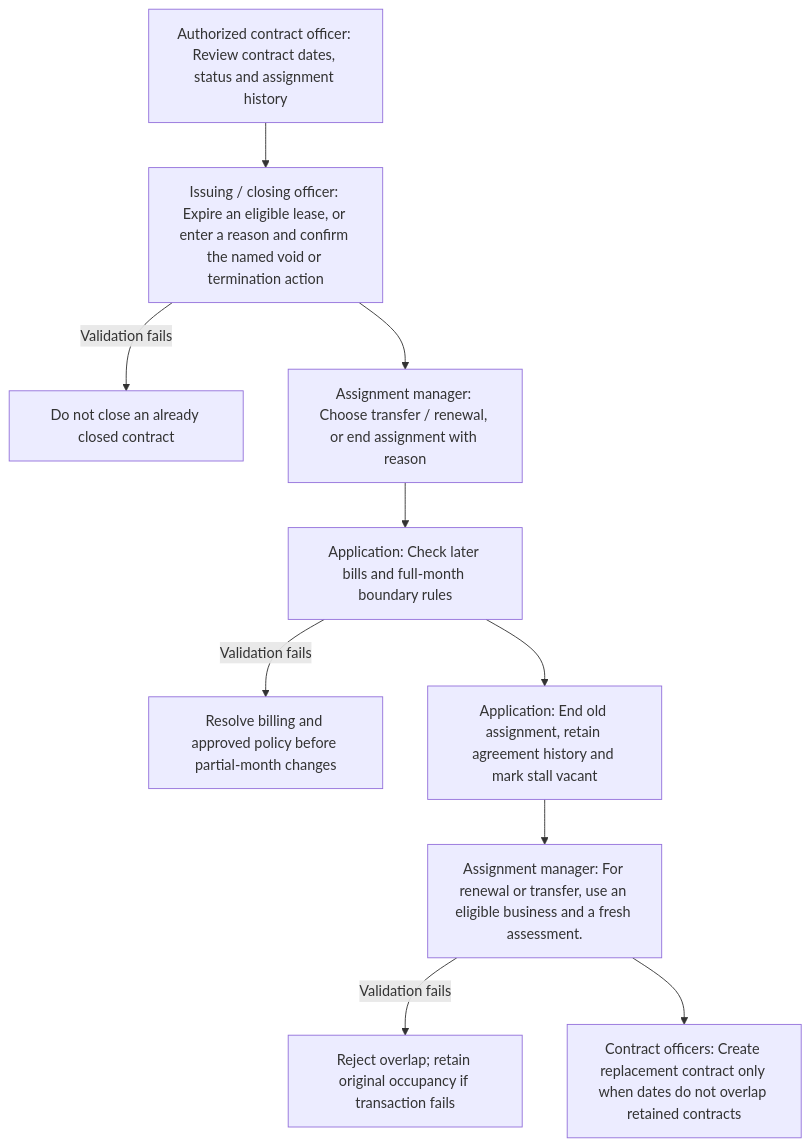
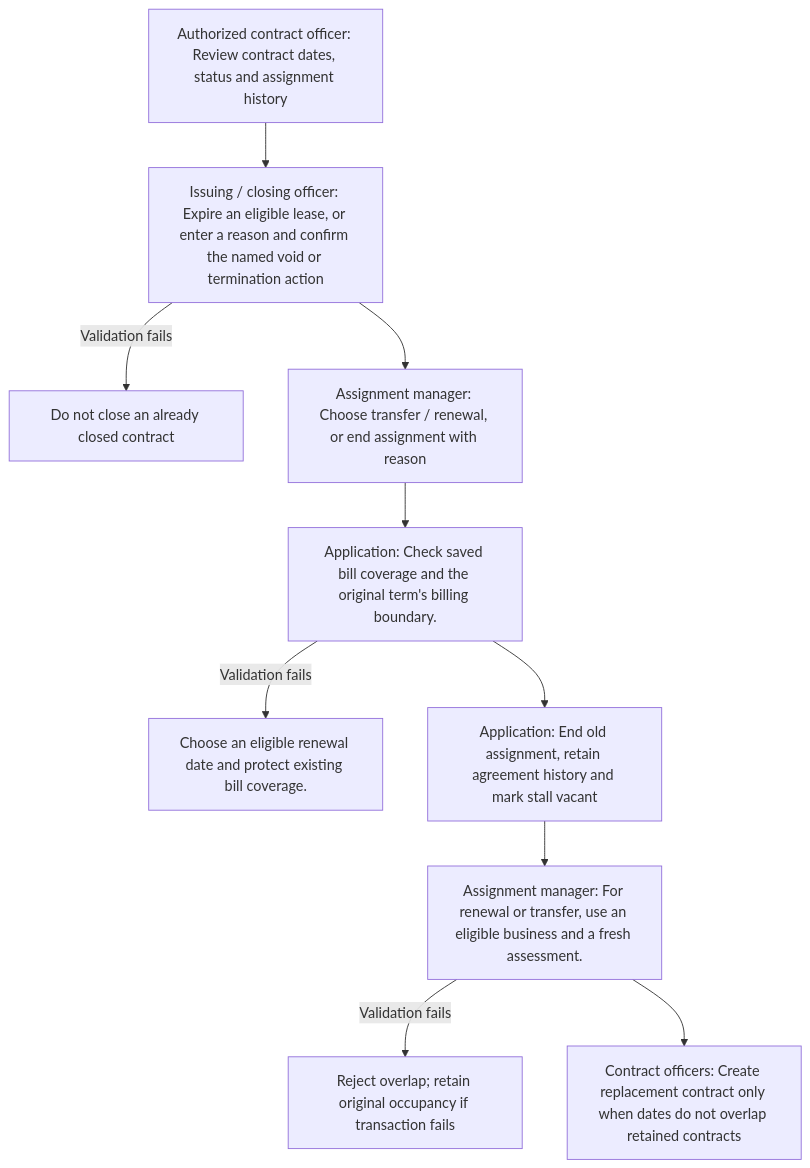
One commit to byte-vnz/markethub changed the diagram in docs/user-manual/workflows/07-renewal-termination.mmd. Above: the diagram before and after it, drawn with Mermaid. The commit also changed 208 other files, not shown here.

```diff
--- a/docs/user-manual/workflows/07-renewal-termination.mmd
+++ b/docs/user-manual/workflows/07-renewal-termination.mmd
@@ -1,17 +1,17 @@
 flowchart TD
     N0["Authorized contract officer: Review contract dates, status and assignment history"]
     N1["Issuing / closing officer: Expire an eligible lease, or enter a reason and confirm the named void or termination action"]
     N0 --> N1
     N1 -->|Validation fails| F1["Do not close an already closed contract"]
     N2["Assignment manager: Choose transfer / renewal, or end assignment with reason"]
     N1 --> N2
-    N3["Application: Check later bills and full-month boundary rules"]
+    N3["Application: Check saved bill coverage and the original term's billing boundary."]
     N2 --> N3
-    N3 -->|Validation fails| F3["Resolve billing and approved policy before partial-month changes"]
+    N3 -->|Validation fails| F3["Choose an eligible renewal date and protect existing bill coverage."]
     N4["Application: End old assignment, retain agreement history and mark stall vacant"]
     N3 --> N4
     N5["Assignment manager: For renewal or transfer, use an eligible business and a fresh assessment."]
     N4 --> N5
     N5 -->|Validation fails| F5["Reject overlap; retain original occupancy if transaction fails"]
     N6["Contract officers: Create replacement contract only when dates do not overlap retained contracts"]
     N5 --> N6
```
